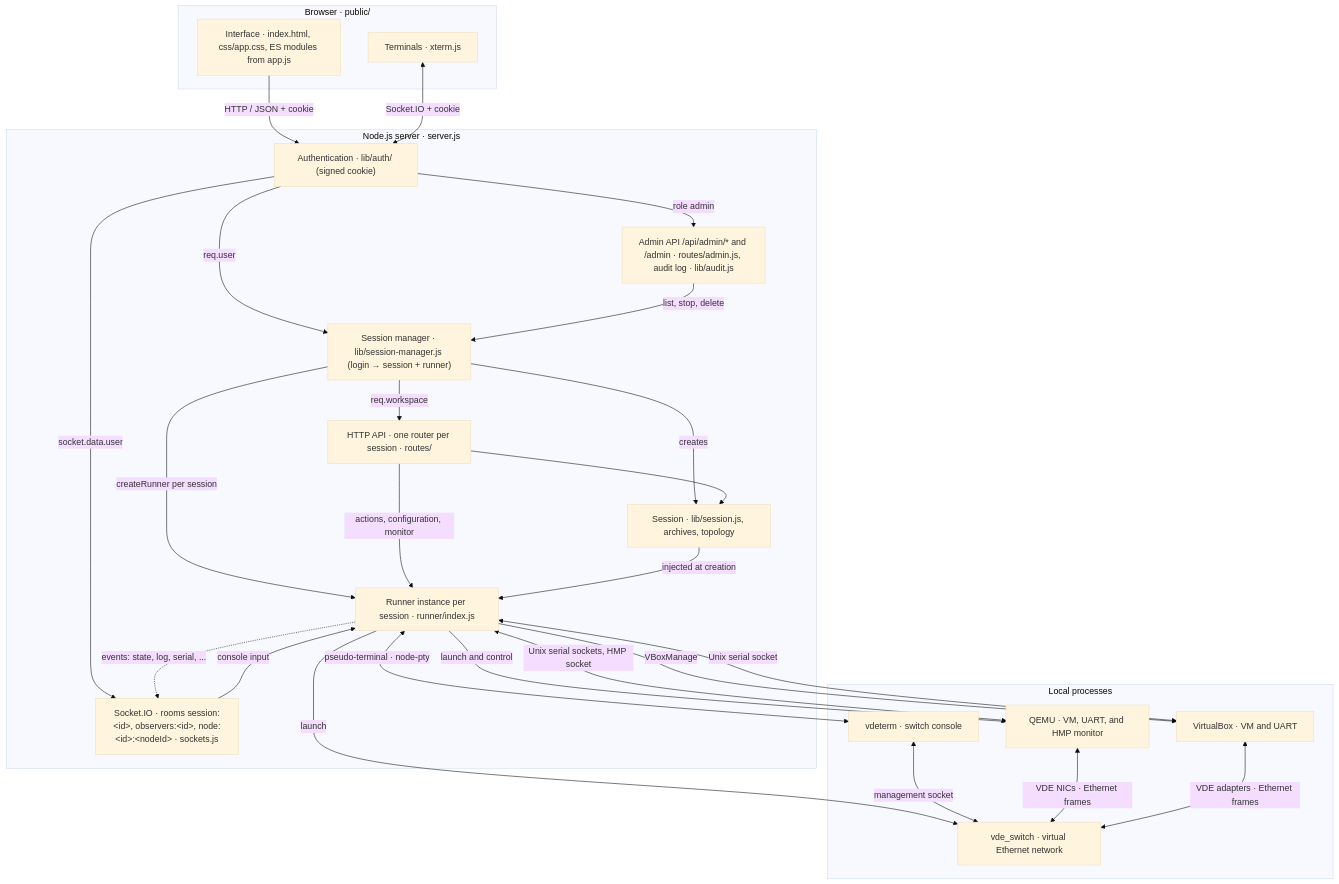
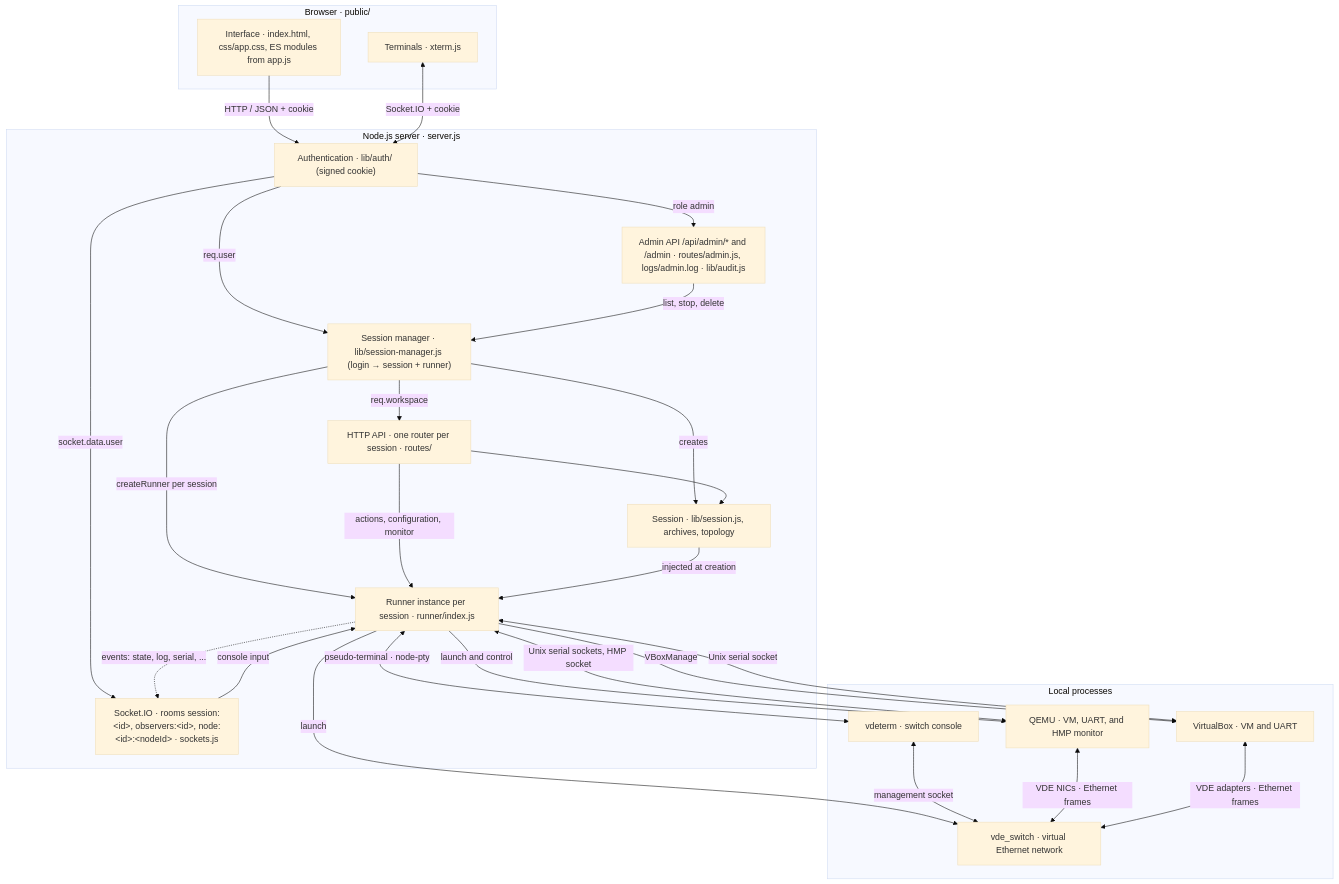
The diagram in docs/architecture.md (orel33/qemuweb), drawn with Mermaid (base theme) before and after one commit. The commit also changed other lines of this file and 11 other files, not shown here.

First line of the commit message:
feat(admin): admin.log in a logs/ directory (QEMUWEB_LOG_DIR)

````diff
--- a/docs/architecture.md
+++ b/docs/architecture.md
@@ -18,48 +18,48 @@
 ```mermaid
 flowchart TB
   subgraph Browser["Browser · public/"]
     UI["Interface · index.html, css/app.css, ES modules from app.js"]
     Terminal["Terminals · xterm.js"]
   end
 
   subgraph Server["Node.js server · server.js"]
     Auth["Authentication · lib/auth/ (signed cookie)"]
     Manager["Session manager · lib/session-manager.js (login → session + runner)"]
     Routes["HTTP API · one router per session · routes/"]
     Sockets["Socket.IO · rooms session:&lt;id&gt;, observers:&lt;id&gt;, node:&lt;id&gt;:&lt;nodeId&gt; · sockets.js"]
-    Admin["Admin API /api/admin/* and /admin · routes/admin.js, audit log · lib/audit.js"]
+    Admin["Admin API /api/admin/* and /admin · routes/admin.js, logs/admin.log · lib/audit.js"]
     Session["Session · lib/session.js, archives, topology"]
     Runner["Runner instance per session · runner/index.js"]
   end
 
   subgraph Local["Local processes"]
     QEMU["QEMU · VM, UART, and HMP monitor"]
     VBox["VirtualBox · VM and UART"]
     VDE["vde_switch · virtual Ethernet network"]
     VDeterm["vdeterm · switch console"]
   end
 
   UI -->|"HTTP / JSON + cookie"| Auth
   Terminal <-->|"Socket.IO + cookie"| Auth
   Auth -->|"req.user"| Manager
   Auth -->|"role admin"| Admin
   Admin -->|"list, stop, delete"| Manager
   Auth -->|"socket.data.user"| Sockets
   Manager -->|"req.workspace"| Routes
   Manager -->|"creates"| Session
   Manager -->|"createRunner per session"| Runner
   Routes --> Session
   Routes -->|"actions, configuration, monitor"| Runner
   Sockets -->|"console input"| Runner
   Runner -.->|"events: state, log, serial, ..."| Sockets
   Session -->|"injected at creation"| Runner
   Runner -->|"launch and control"| QEMU
   Runner -->|"VBoxManage"| VBox
   Runner -->|"launch"| VDE
   Runner <-->|"Unix serial sockets, HMP socket"| QEMU
   Runner <-->|"Unix serial socket"| VBox
   Runner <-->|"pseudo-terminal · node-pty"| VDeterm
   VDeterm <-->|"management socket"| VDE
   QEMU <-->|"VDE NICs · Ethernet frames"| VDE
   VBox <-->|"VDE adapters · Ethernet frames"| VDE
 ```
````
